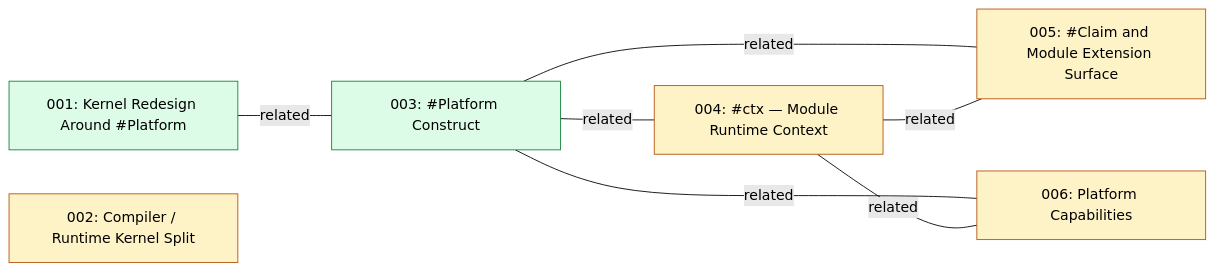
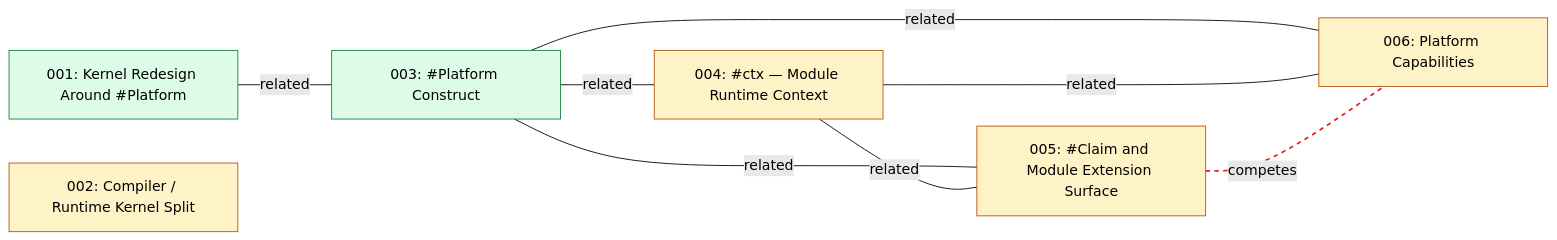
One commit to open-platform-model/library changed the first of 2 diagrams in enhancements/GRAPH.md. Above: the diagram before and after it, drawn with Mermaid (forest theme). The commit also changed other lines of this file and 12 other files, not shown here.

````diff
--- a/enhancements/GRAPH.md
+++ b/enhancements/GRAPH.md
@@ -5,21 +5,24 @@
 ```mermaid
 graph LR
   classDef draft       fill:#fef3c7,stroke:#b45309,color:#000
   classDef accepted    fill:#dbeafe,stroke:#1d4ed8,color:#000
   classDef implemented fill:#dcfce7,stroke:#15803d,color:#000
   classDef superseded  fill:#e5e7eb,stroke:#6b7280,color:#6b7280
 
   N001["001: Kernel Redesign Around #Platform"]:::implemented
   N002["002: Compiler / Runtime Kernel Split"]:::draft
   N003["003: #Platform Construct"]:::implemented
   N004["004: #ctx — Module Runtime Context"]:::draft
   N005["005: #Claim and Module Extension Surface"]:::draft
   N006["006: Platform Capabilities"]:::draft
 
   N001 ---|related| N003
   N003 ---|related| N004
   N003 ---|related| N005
   N003 ---|related| N006
   N004 ---|related| N005
   N004 ---|related| N006
+  N005 -.-|competes| N006
+
+  linkStyle 6 stroke:#dc2626,stroke-width:2px,stroke-dasharray:5 5
 ```
````
